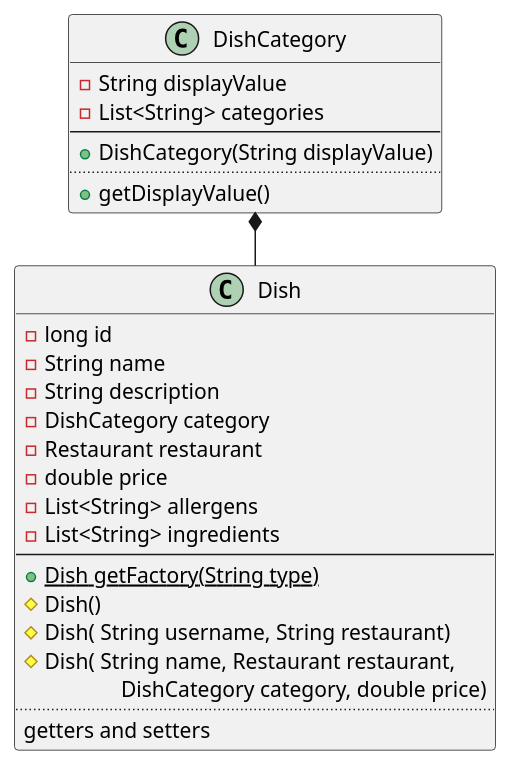
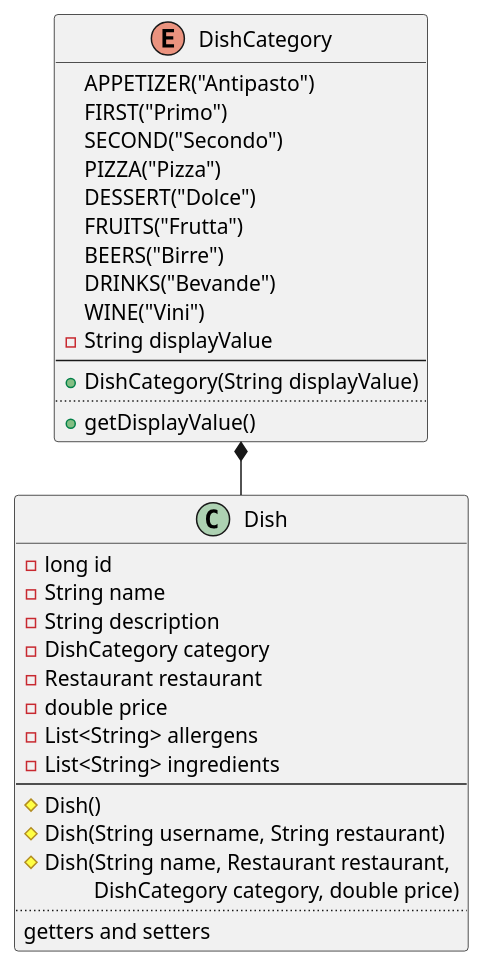
Before and after one commit to TommasoScalici/FoodDelivery: the diagram in src/main/java/unipa/fooddelivery/diagrams/class/dish.wsd, drawn with PlantUML.

Commit message:
dish class diagram fixed

```diff
--- a/src/main/java/unipa/fooddelivery/diagrams/class/dish.wsd
+++ b/src/main/java/unipa/fooddelivery/diagrams/class/dish.wsd
@@ -1,32 +1,39 @@
 @startuml user
 left to right direction
 class Dish {
   -long id
   -String name
   -String description
   -DishCategory category
   -Restaurant restaurant
   -double price
   -List<String> allergens
   -List<String> ingredients
   --
-  +Dish {static} getFactory(String type)
   #Dish()
-  #Dish( String username, String restaurant)
-  #Dish( String name, Restaurant restaurant, 
-  \t      DishCategory category, double price)
+  #Dish(String username, String restaurant)
+  #Dish(String name, Restaurant restaurant, 
+  \t DishCategory category, double price)
   ..
   getters and setters
 }
 
-class DishCategory{
+enum DishCategory{
+    APPETIZER("Antipasto")
+    FIRST("Primo")
+    SECOND("Secondo")
+    PIZZA("Pizza")
+    DESSERT("Dolce")
+    FRUITS("Frutta")
+    BEERS("Birre")
+    DRINKS("Bevande")
+    WINE("Vini")
     -String displayValue
-    -List<String> categories
     --
     +DishCategory(String displayValue)
     ..
     +getDisplayValue()
 }
 
 DishCategory *- Dish
 @enduml
```
